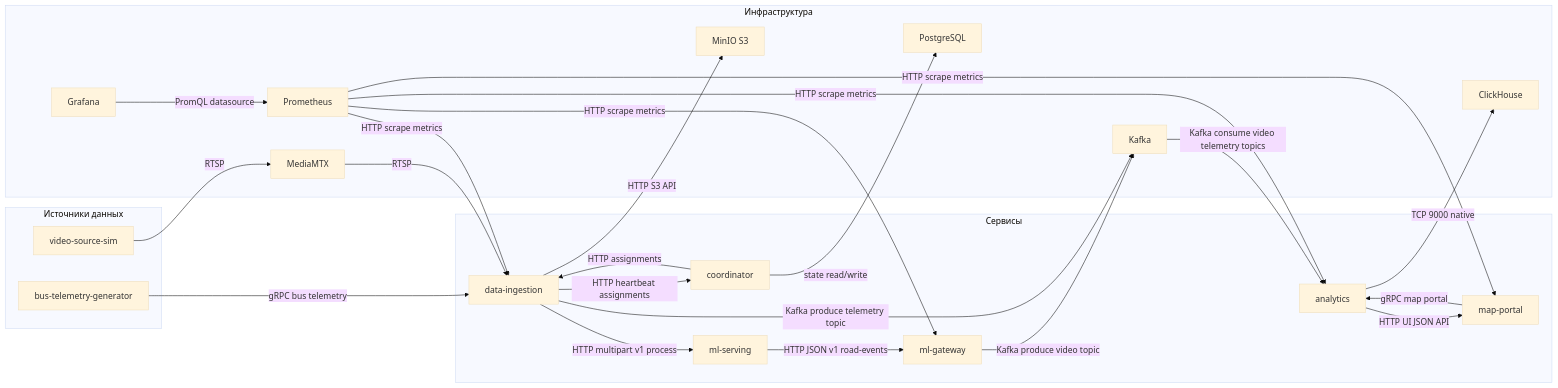
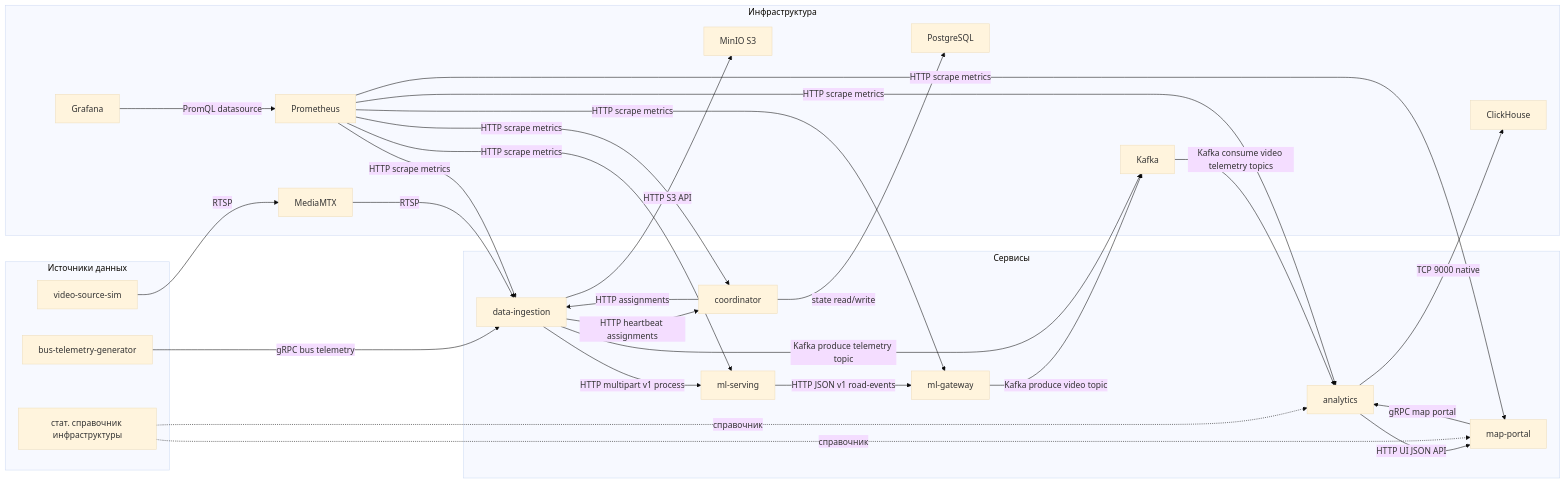
Before and after one commit to Phund4/its-project: the first of 2 diagrams in README.md, drawn with Mermaid (base theme). The commit also changed other lines of this file, not shown here.

````diff
--- a/README.md
+++ b/README.md
@@ -5,50 +18,55 @@
 ```mermaid
 flowchart LR
   subgraph Producers["Источники данных"]
     VideoSim[video-source-sim]
     BusGen[bus-telemetry-generator]
+    StaticInfra[стат. справочник инфраструктуры]
   end
 
   subgraph Services["Сервисы"]
     DI[data-ingestion]
     COORD[coordinator]
     MLS[ml-serving]
     MLG[ml-gateway]
     AN[analytics]
     MP[map-portal]
   end
 
   subgraph Infra["Инфраструктура"]
     MTX[MediaMTX]
     MinIO[MinIO S3]
     KFK[Kafka]
     CH[ClickHouse]
     PG[PostgreSQL]
     Prom[Prometheus]
     Graf[Grafana]
   end
 
   VideoSim -->|RTSP| MTX
   DI -->|HTTP heartbeat assignments| COORD
   COORD -->|HTTP assignments| DI
   COORD -->|state read/write| PG
   MTX -->|RTSP| DI
   DI -->|HTTP S3 API| MinIO
   DI -->|HTTP multipart v1 process| MLS
   MLS -->|HTTP JSON v1 road-events| MLG
   MLG -->|Kafka produce video topic| KFK
   KFK -->|Kafka consume video telemetry topics| AN
   AN -->|TCP 9000 native| CH
 
   BusGen -->|gRPC bus telemetry| DI
   DI -->|Kafka produce telemetry topic| KFK
 
   MP -->|gRPC map portal| AN
   AN -->|HTTP UI JSON API| MP
+  StaticInfra -.->|справочник| AN
+  StaticInfra -.->|справочник| MP
 
   Prom -->|HTTP scrape metrics| DI
   Prom -->|HTTP scrape metrics| MLG
   Prom -->|HTTP scrape metrics| AN
   Prom -->|HTTP scrape metrics| MP
+  Prom -->|HTTP scrape metrics| MLS
+  Prom -->|HTTP scrape metrics| COORD
   Graf -->|PromQL datasource| Prom
 ```
````
